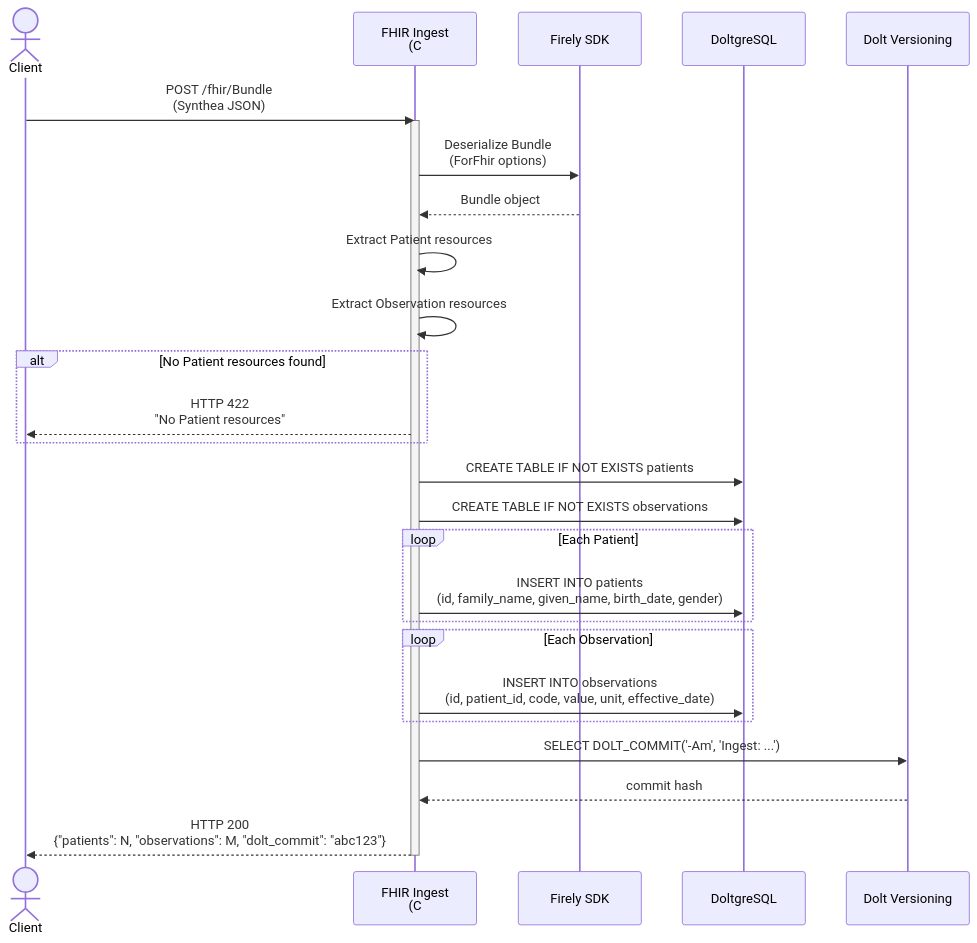
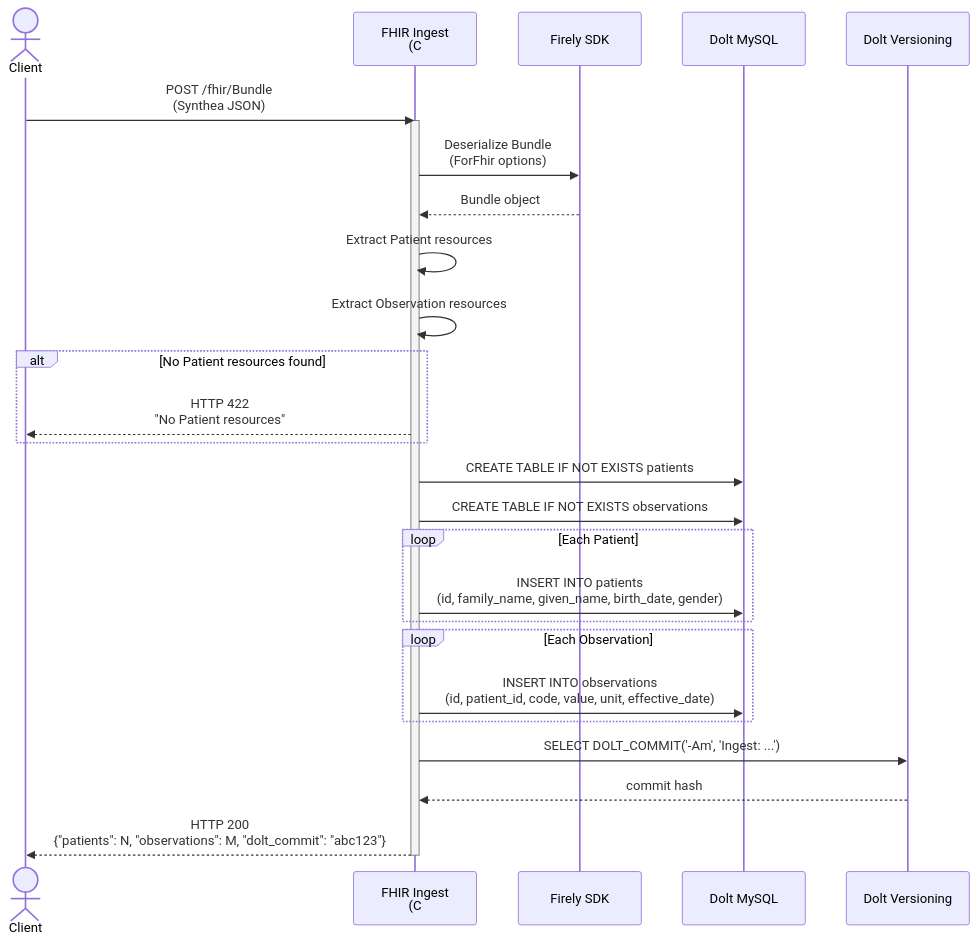
One commit to peterkc/acme-health changed the diagram in docs/diagrams/fhir-ingest-sequence.md. Above: the diagram before and after it, drawn with Mermaid. The commit also changed 16 other files, not shown here.

First line of the commit message:
feat: migrate DoltgreSQL to Dolt MySQL (#3)

````diff
--- a/docs/diagrams/fhir-ingest-sequence.md
+++ b/docs/diagrams/fhir-ingest-sequence.md
@@ -5,38 +5,38 @@
 ```mermaid
 sequenceDiagram
     actor Client
     participant FI as FHIR Ingest<br/>(C# / .NET 10)
     participant Firely as Firely SDK
-    participant DB as DoltgreSQL
+    participant DB as Dolt MySQL
     participant Dolt as Dolt Versioning
 
     Client->>FI: POST /fhir/Bundle<br/>(Synthea JSON)
     activate FI
 
     FI->>Firely: Deserialize Bundle<br/>(ForFhir options)
     Firely-->>FI: Bundle object
 
     FI->>FI: Extract Patient resources
     FI->>FI: Extract Observation resources
 
     alt No Patient resources found
         FI-->>Client: HTTP 422<br/>"No Patient resources"
     end
 
     FI->>DB: CREATE TABLE IF NOT EXISTS patients
     FI->>DB: CREATE TABLE IF NOT EXISTS observations
 
     loop Each Patient
         FI->>DB: INSERT INTO patients<br/>(id, family_name, given_name, birth_date, gender)
     end
 
     loop Each Observation
         FI->>DB: INSERT INTO observations<br/>(id, patient_id, code, value, unit, effective_date)
     end
 
     FI->>Dolt: SELECT DOLT_COMMIT('-Am', 'Ingest: ...')
     Dolt-->>FI: commit hash
 
     FI-->>Client: HTTP 200<br/>{"patients": N, "observations": M, "dolt_commit": "abc123"}
     deactivate FI
 ```
````
